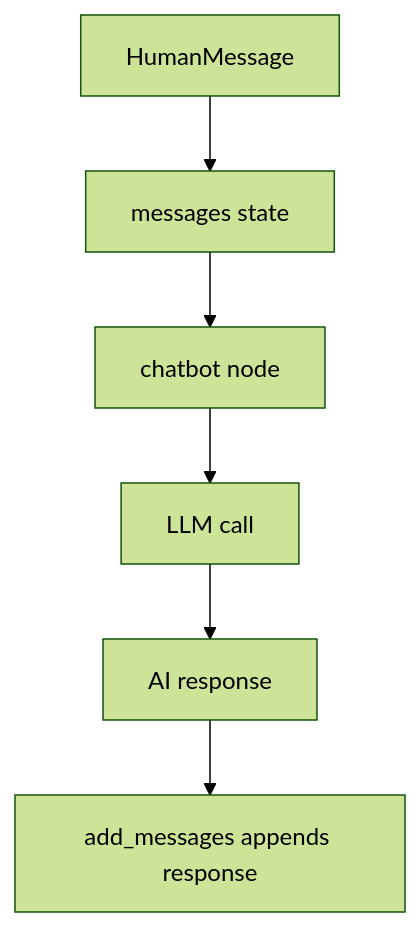
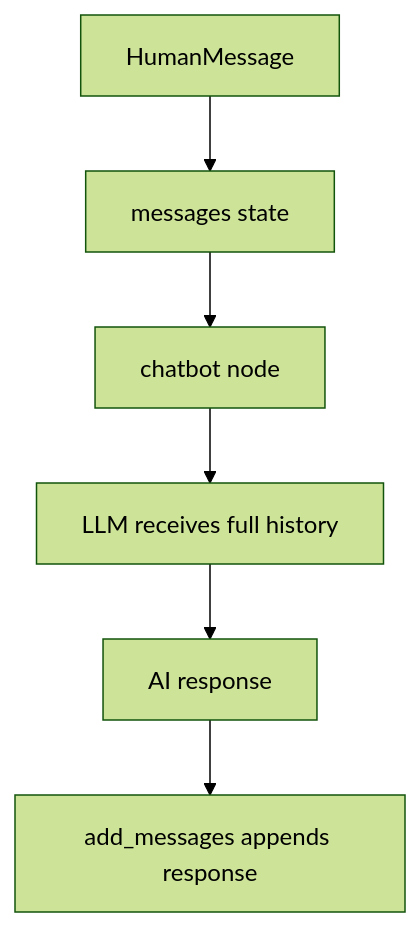
The second of 2 diagrams in 3_LLM_Messages/README.md (Walid-Ahmed/langgraph-tutorials), drawn with Mermaid (forest theme) before and after one commit. The commit also changed other lines of this file and 4 other files, not shown here.

````diff
--- a/3_LLM_Messages/README.md
+++ b/3_LLM_Messages/README.md
@@ -21,8 +21,8 @@
 ```mermaid
 flowchart TD
     A["HumanMessage"] --> B["messages state"]
     B --> C["chatbot node"]
-    C --> D["LLM call"]
+    C --> D["LLM receives full history"]
     D --> E["AI response"]
     E --> F["add_messages appends response"]
 ```
````
